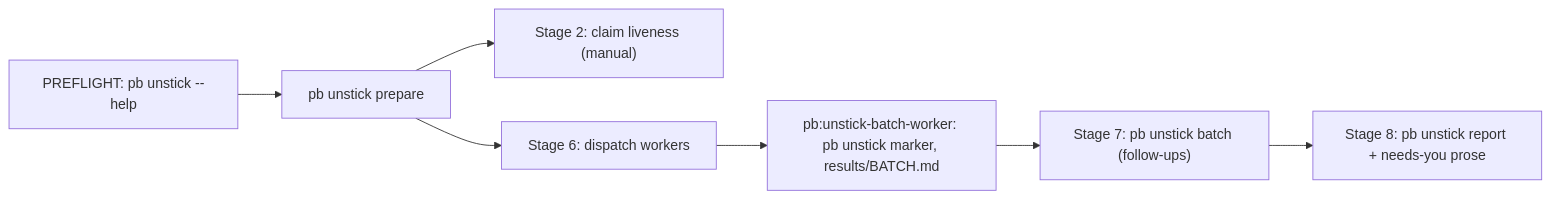
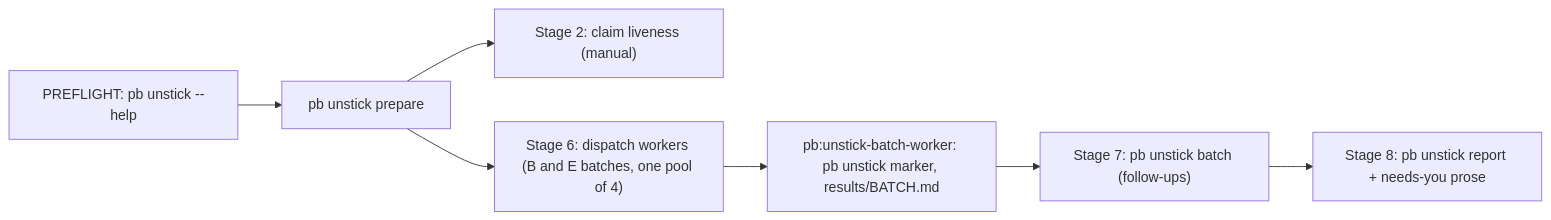
The diagram in claude-marketplace/pb/commands/unstick-beads.md (phillipgreenii/nix-agent-support), drawn with Mermaid before and after one commit. The commit also changed other lines of this file and 2 other files, not shown here.

First line of the commit message:
feat(pb): unstick worker Epic-candidate mode and epic stage docs (tc-86kj9)

````diff
--- a/claude-marketplace/pb/commands/unstick-beads.md
+++ b/claude-marketplace/pb/commands/unstick-beads.md
@@ -33,9 +43,9 @@
 ```mermaid
 flowchart LR
   P["PREFLIGHT: pb unstick --help"] --> S1["pb unstick prepare"]
   S1 --> S2["Stage 2: claim liveness (manual)"]
-  S1 --> S6["Stage 6: dispatch workers"]
+  S1 --> S6["Stage 6: dispatch workers (B and E batches, one pool of 4)"]
   S6 --> W["pb:unstick-batch-worker: pb unstick marker, results/BATCH.md"]
   W --> S7["Stage 7: pb unstick batch (follow-ups)"]
   S7 --> S8["Stage 8: pb unstick report + needs-you prose"]
 ```
````
